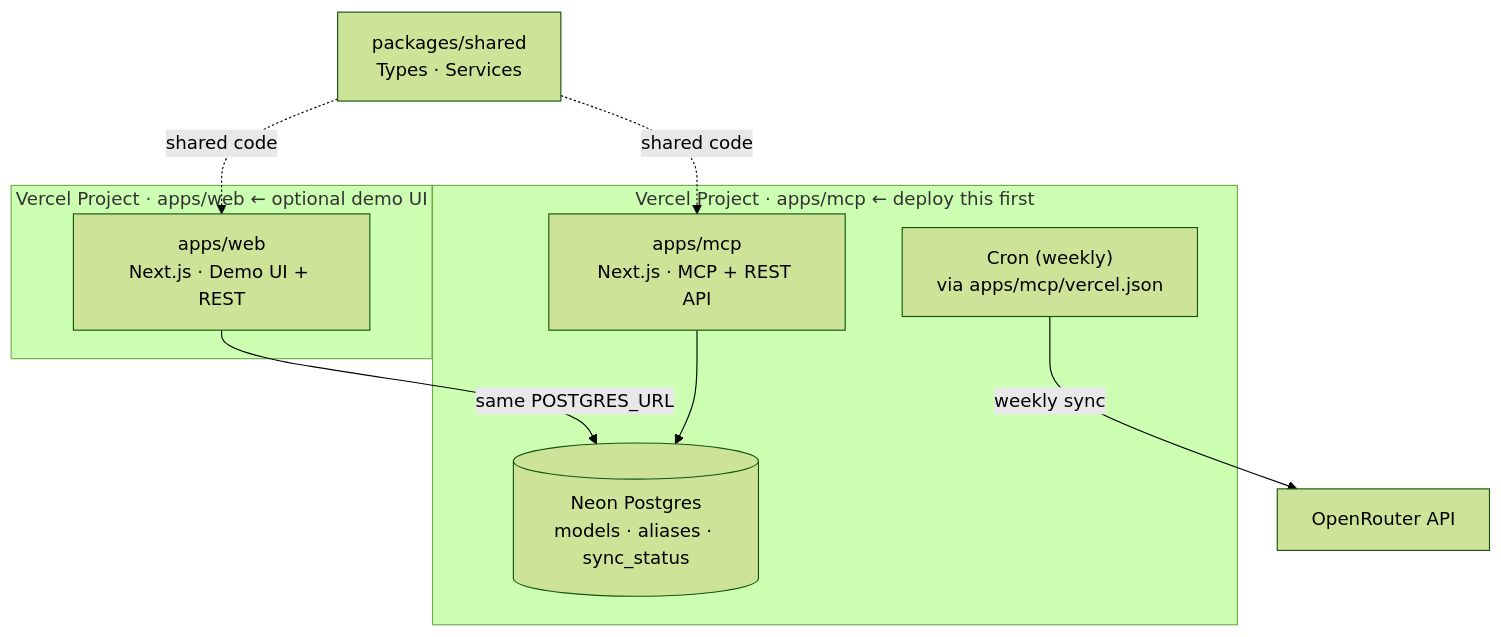
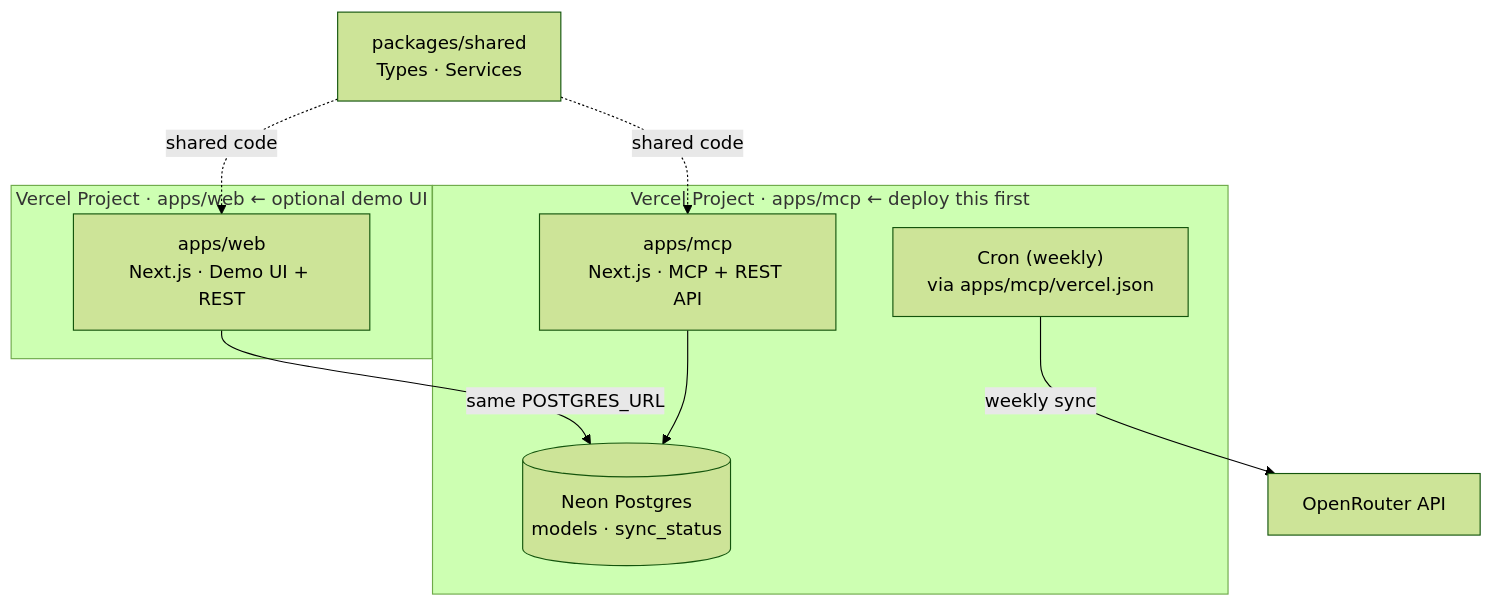
The diagram in README.md (tj60647/openrouter-mcp-registry), drawn with Mermaid (forest theme) before and after one commit. The commit also changed other lines of this file and 3 other files, not shown here.

````diff
--- a/README.md
+++ b/README.md
@@ -23,22 +23,22 @@
 ```mermaid
 graph TD
     shared["packages/shared\nTypes · Services"]
 
     subgraph mcp_deploy["Vercel Project · apps/mcp  ← deploy this first"]
         mcpApp["apps/mcp\nNext.js · MCP + REST API"]
-        db[("Neon Postgres\nmodels · aliases · sync_status")]
+        db[("Neon Postgres\nmodels · sync_status")]
         cron["Cron (weekly)\nvia apps/mcp/vercel.json"]
     end
 
     subgraph web_deploy["Vercel Project · apps/web  ← optional demo UI"]
         webApp["apps/web\nNext.js · Demo UI + REST"]
     end
 
     openrouter["OpenRouter API"]
 
     shared -.->|shared code| mcpApp
     shared -.->|shared code| webApp
     mcpApp --> db
     webApp -->|same POSTGRES_URL| db
     cron -->|weekly sync| openrouter
 ```
````
